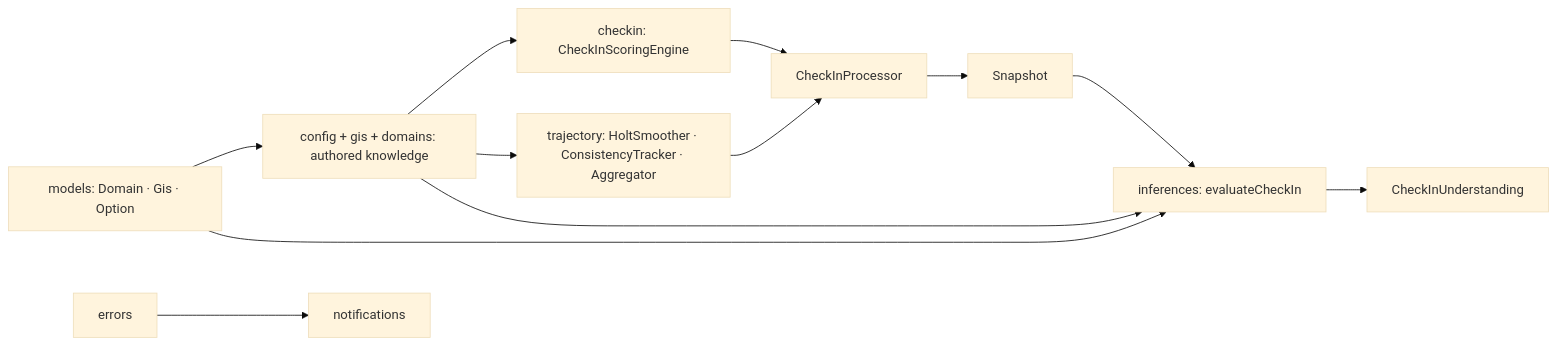
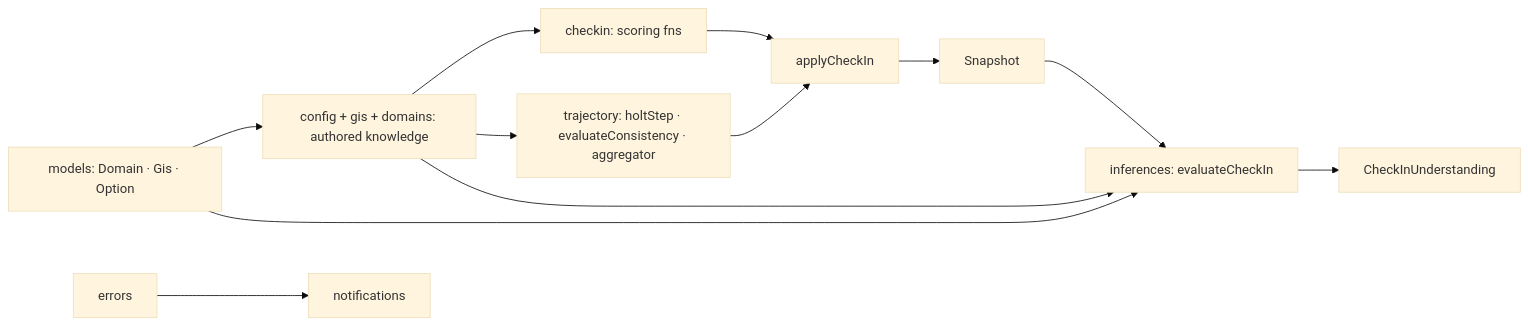
The diagram in src/domain/ARCHITECTURE.md (alph-a07/rival), drawn with Mermaid (base theme) before and after one commit. The commit also changed other lines of this file and 1 other file, not shown here.

Commit message:
docs: update notifications and domain ARCHITECTURE.md

````diff
--- a/src/domain/ARCHITECTURE.md
+++ b/src/domain/ARCHITECTURE.md
@@ -49,14 +49,14 @@
 ```mermaid
 flowchart LR
     M[models: Domain · Gis · Option] --> DEF[config + gis + domains: authored knowledge]
-    DEF --> C[checkin: CheckInScoringEngine]
-    DEF --> T[trajectory: HoltSmoother · ConsistencyTracker · Aggregator]
-    C --> CP[CheckInProcessor]
+    DEF --> C[checkin: scoring fns]
+    DEF --> T[trajectory: holtStep · evaluateConsistency · aggregator]
+    C --> CP[applyCheckIn]
     T --> CP
     CP --> SNAPSHOT[Snapshot]
     M --> INF[inferences: evaluateCheckIn]
     DEF --> INF
     SNAPSHOT --> INF
     INF --> UNDERSTANDING[CheckInUnderstanding]
     ERR[errors] --> NOTIF[notifications]
 ```
````
